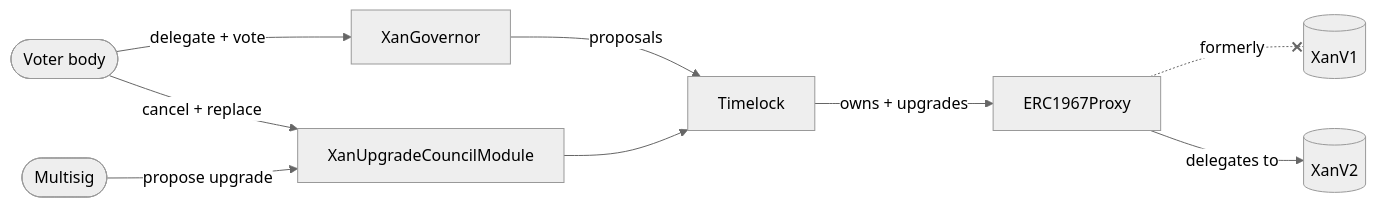
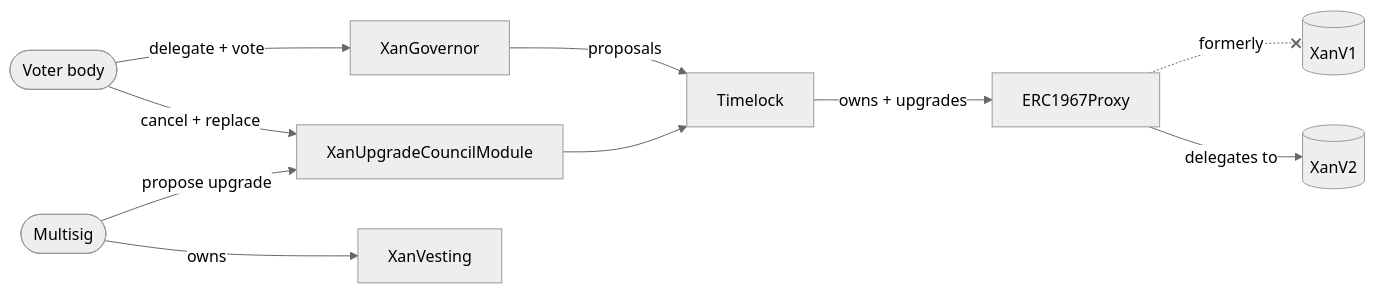
Before and after one commit to anoma/token: the diagram in CONTEXT.md, drawn with Mermaid (neutral theme). The commit also changed other lines of this file and 6 other files, not shown here.

Commit message:
docs: document XanVesting

````diff
--- a/CONTEXT.md
+++ b/CONTEXT.md
@@ -9,21 +9,23 @@
 ```mermaid
 flowchart LR
     voters([Voter body])
     gov[XanGovernor]
     multisig([Multisig])
     module[XanUpgradeCouncilModule]
     timelock[Timelock]
     proxy[ERC1967Proxy]
     tokenV1[(XanV1)]
     token[(XanV2)]
+    vesting[XanVesting]
 
     voters -->|delegate + vote| gov
     gov -->|proposals| timelock
     multisig -->|propose upgrade| module
     module --> timelock
     timelock -->|owns + upgrades| proxy
     proxy -. formerly .-x tokenV1
     proxy -->|delegates to| token
 
     voters -->|cancel + replace| module
+    multisig -->|owns| vesting
 ```
````
